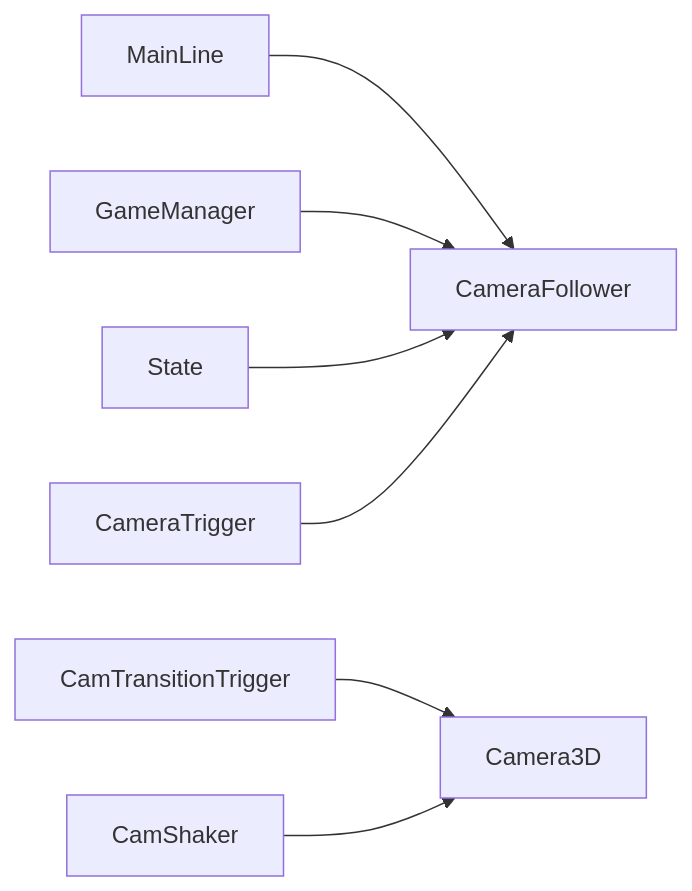
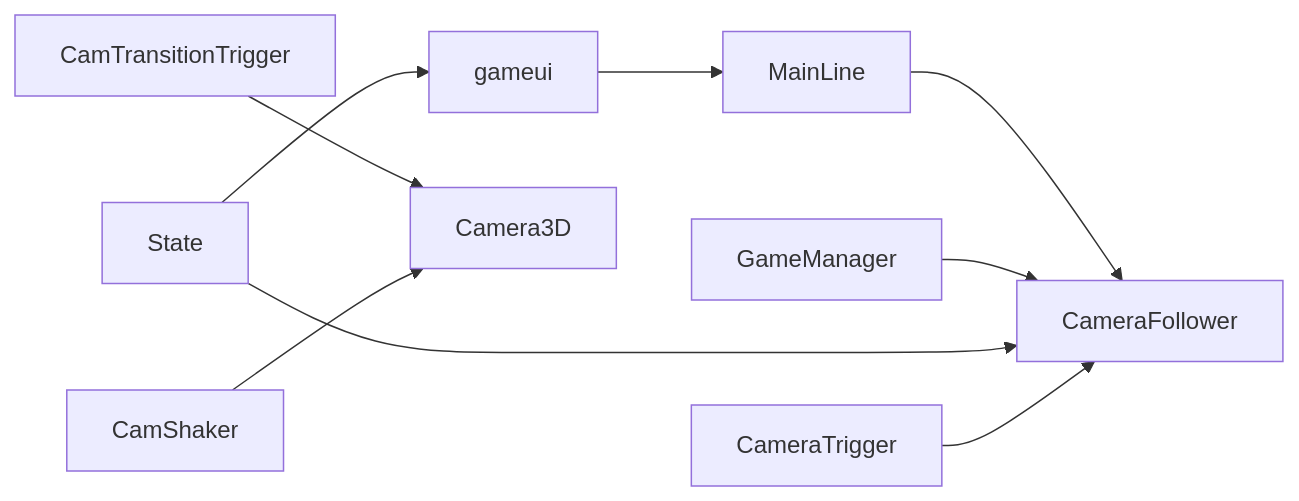
The eighth of 8 diagrams in .qoder/repowiki/zh/content/游戏系统/相机系统/相机跟随系统.md (godotline/godot-line), drawn with Mermaid before and after one commit. The commit also changed other lines of this file and 7 other files, not shown here.

````diff
--- a/.qoder/repowiki/zh/content/游戏系统/相机系统/相机跟随系统.md
+++ b/.qoder/repowiki/zh/content/游戏系统/相机系统/相机跟随系统.md
@@ -307,9 +337,11 @@
 ```mermaid
 graph LR
 ML["MainLine"] --> CF["CameraFollower"]
 GM["GameManager"] --> CF
 ST["State"] --> CF
+ST --> UI["gameui"]
+UI --> ML
 CT["CameraTrigger"] --> CF
 TT["CamTransitionTrigger"] --> CAM["Camera3D"]
 CS["CamShaker"] --> CAM
 ```
````
